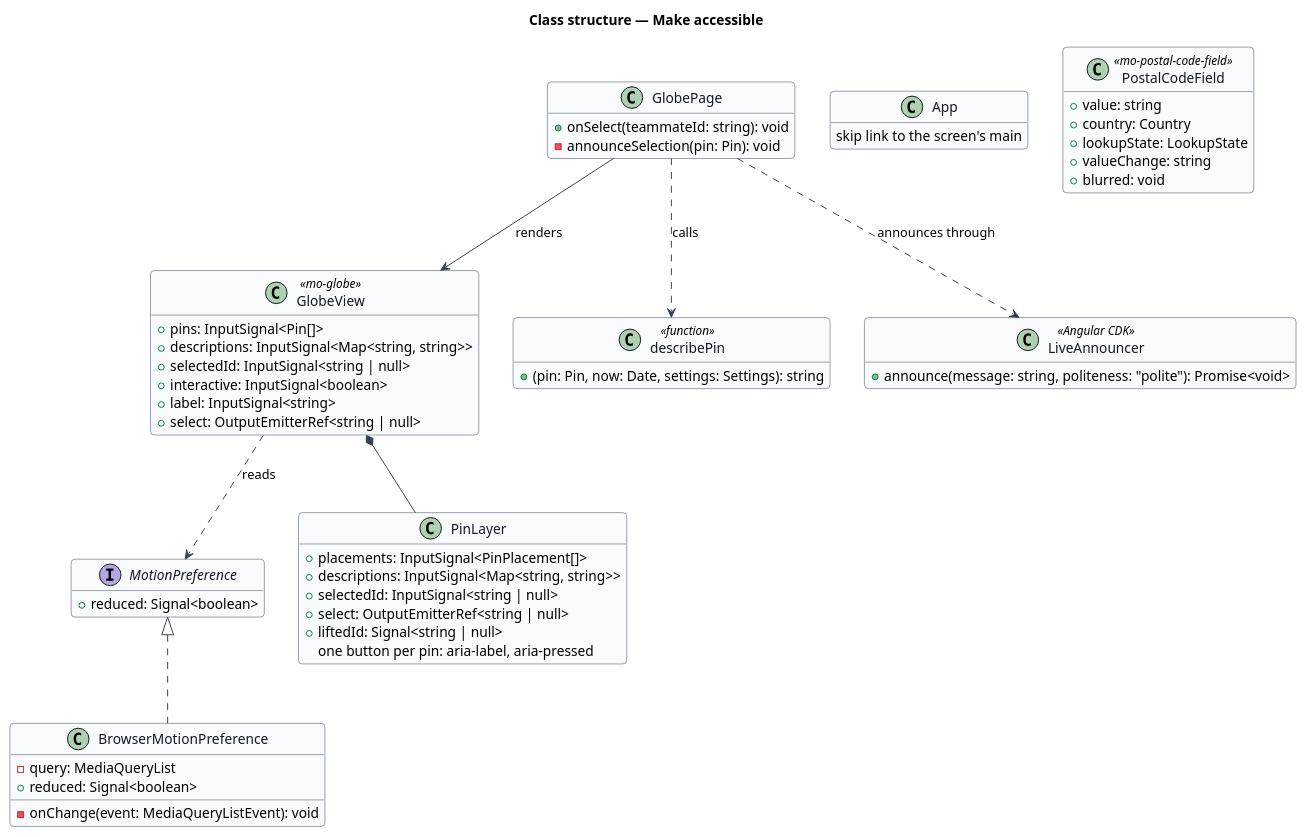
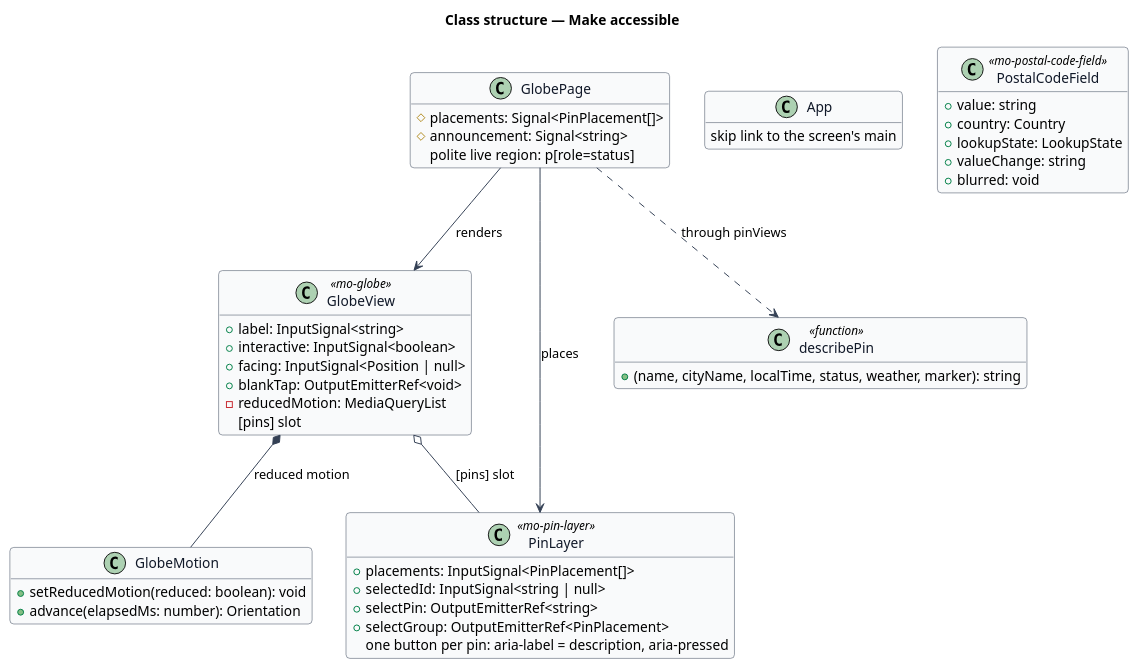
The diagram in docs/detailed-designs/platform/make-accessible/diagrams/class-structure.puml (QuinntyneBrown/Mondino), drawn with PlantUML before and after one commit. The commit also changed 8 other files, not shown here.

```diff
--- a/docs/detailed-designs/platform/make-accessible/diagrams/class-structure.puml
+++ b/docs/detailed-designs/platform/make-accessible/diagrams/class-structure.puml
@@ -1,74 +1,64 @@
 @startuml
 skinparam backgroundColor #FFFFFF
 skinparam shadowing false
 skinparam roundcorner 8
 skinparam defaultFontName Arial
 skinparam ArrowColor #344054
 skinparam class {
   BorderColor #344054
   FontColor #101828
   BackgroundColor #F9FAFB
 }
 hide empty members
 title Class structure — Make accessible
 
-interface MotionPreference {
-  +reduced: Signal<boolean>
-}
-
-class BrowserMotionPreference {
-  -query: MediaQueryList
-  +reduced: Signal<boolean>
-  -onChange(event: MediaQueryListEvent): void
+class GlobeMotion {
+  +setReducedMotion(reduced: boolean): void
+  +advance(elapsedMs: number): Orientation
 }
 
 class GlobeView <<mo-globe>> {
-  +pins: InputSignal<Pin[]>
-  +descriptions: InputSignal<Map<string, string>>
-  +selectedId: InputSignal<string | null>
+  +label: InputSignal<string>
   +interactive: InputSignal<boolean>
-  +label: InputSignal<string>
-  +select: OutputEmitterRef<string | null>
+  +facing: InputSignal<Position | null>
+  +blankTap: OutputEmitterRef<void>
+  -reducedMotion: MediaQueryList
+  [pins] slot
 }
 
-class PinLayer {
+class PinLayer <<mo-pin-layer>> {
   +placements: InputSignal<PinPlacement[]>
-  +descriptions: InputSignal<Map<string, string>>
   +selectedId: InputSignal<string | null>
-  +select: OutputEmitterRef<string | null>
-  +liftedId: Signal<string | null>
-  one button per pin: aria-label, aria-pressed
+  +selectPin: OutputEmitterRef<string>
+  +selectGroup: OutputEmitterRef<PinPlacement>
+  one button per pin: aria-label = description, aria-pressed
 }
 
 class describePin <<function>> {
-  +(pin: Pin, now: Date, settings: Settings): string
+  +(name, cityName, localTime, status, weather, marker): string
 }
 
 class GlobePage {
-  +onSelect(teammateId: string): void
-  -announceSelection(pin: Pin): void
-}
-
-class LiveAnnouncer <<Angular CDK>> {
-  +announce(message: string, politeness: "polite"): Promise<void>
+  #placements: Signal<PinPlacement[]>
+  #announcement: Signal<string>
+  polite live region: p[role=status]
 }
 
 class App {
   skip link to the screen's main
 }
 
 class PostalCodeField <<mo-postal-code-field>> {
   +value: string
   +country: Country
   +lookupState: LookupState
   +valueChange: string
   +blurred: void
 }
 
-MotionPreference <|.. BrowserMotionPreference
-GlobeView *-- PinLayer
-GlobeView ..> MotionPreference : reads
+GlobeView o-- PinLayer : [pins] slot
+GlobeView *-- GlobeMotion : reduced motion
 GlobePage --> GlobeView : renders
-GlobePage ..> describePin : calls
-GlobePage ..> LiveAnnouncer : announces through
+GlobePage --> PinLayer : places
+GlobePage ..> describePin : through pinViews
 @enduml
```
